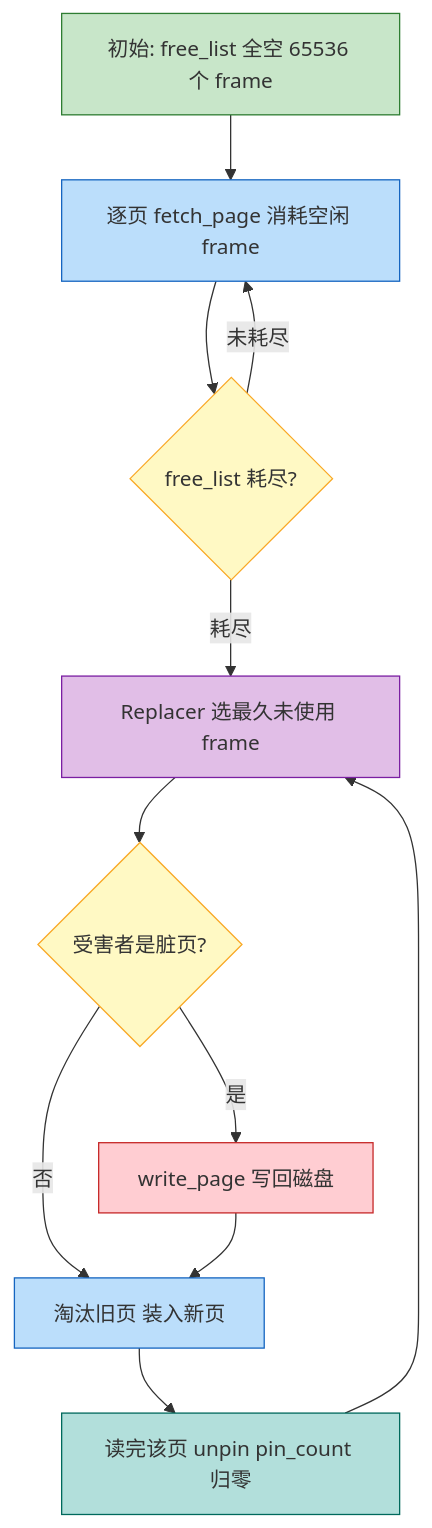
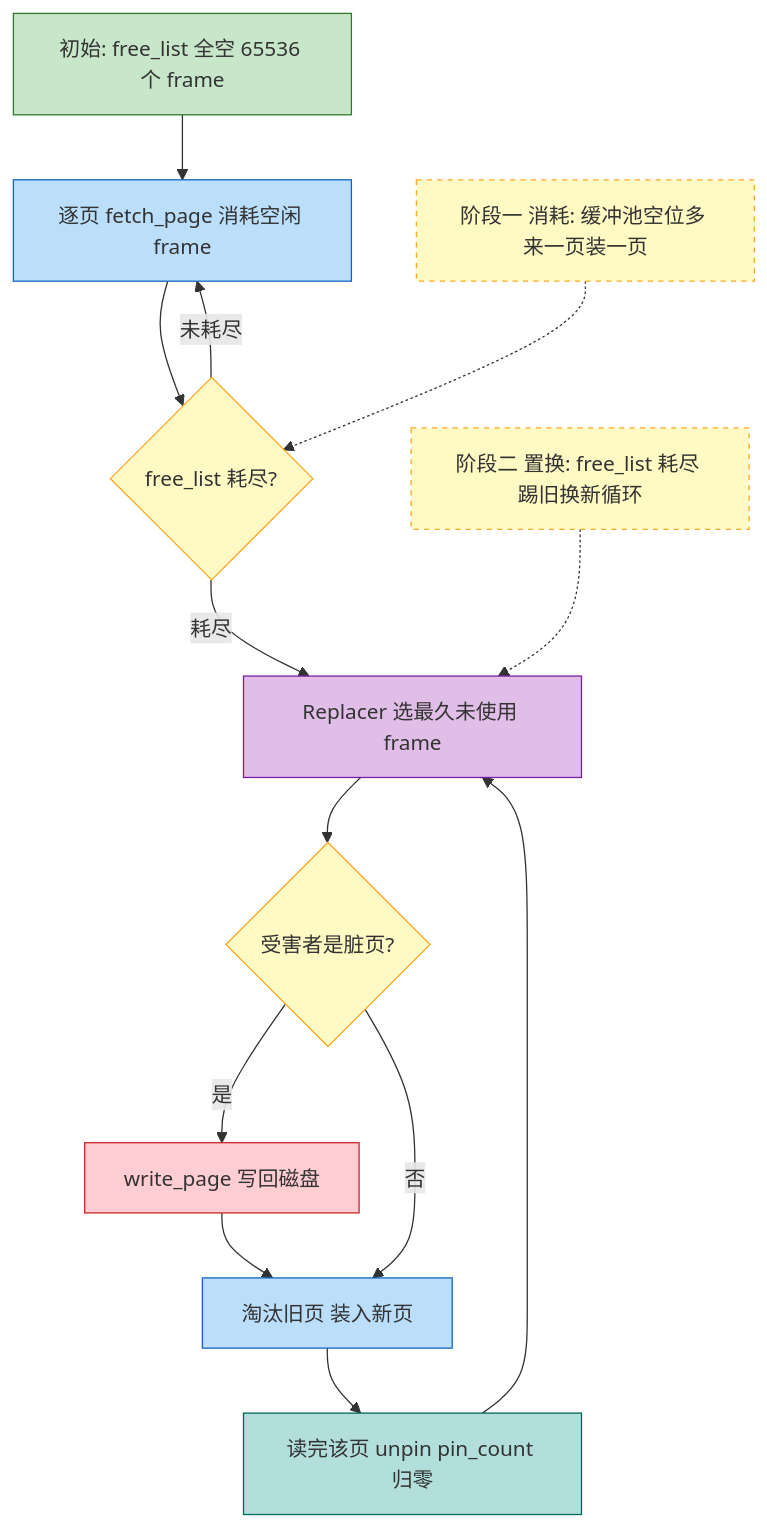
Before and after one commit to Dorian7Alden/RMDB-2024-Analyze: the sixth of 6 diagrams in my-analysis/01-storage-layer/04-buffer-pool-overview.md, drawn with Mermaid. The commit also changed other lines of this file, not shown here.

Commit message:
三处 mermaid 图优化：subgraph 嵌套关系、便利贴备注、结构交互图

````diff
--- a/my-analysis/01-storage-layer/04-buffer-pool-overview.md
+++ b/my-analysis/01-storage-layer/04-buffer-pool-overview.md
@@ -231,26 +253,33 @@
 ```mermaid
 flowchart TD
     A["初始: free_list 全空 65536 个 frame"] --> B["逐页 fetch_page 消耗空闲 frame"]
     B --> C{"free_list 耗尽?"}
     C -->|"未耗尽"| B
     C -->|"耗尽"| D["Replacer 选最久未使用 frame"]
     D --> E{"受害者是脏页?"}
     E -->|"是"| F["write_page 写回磁盘"]
     E -->|"否"| G["淘汰旧页 装入新页"]
     F --> G
     G --> H["读完该页 unpin pin_count 归零"]
     H --> D
 
+    N1["阶段一 消耗: 缓冲池空位多 来一页装一页"]:::sticky
+    N2["阶段二 置换: free_list 耗尽 踢旧换新循环"]:::sticky
+    N1 -.-> C
+    N2 -.-> D
+
     classDef idle fill:#c8e6c9,stroke:#2e7d32
     classDef consume fill:#bbdefb,stroke:#1565c0
     classDef decide fill:#fff9c4,stroke:#f9a825
     classDef replacer fill:#e1bee7,stroke:#7b1fa2
     classDef disk fill:#ffcdd2,stroke:#c62828
     classDef unpin fill:#b2dfdb,stroke:#00695c
+    classDef sticky fill:#fff9c4,stroke:#f9a825,stroke-dasharray: 4
     class A idle
     class B,G consume
     class C,E decide
     class D replacer
     class F disk
     class H unpin
+    class N1,N2 sticky
 ```
````
